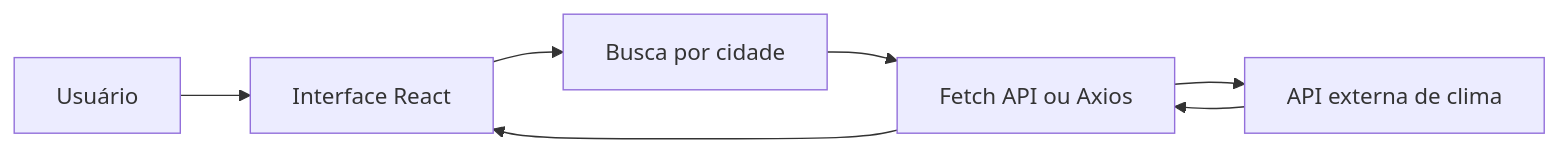
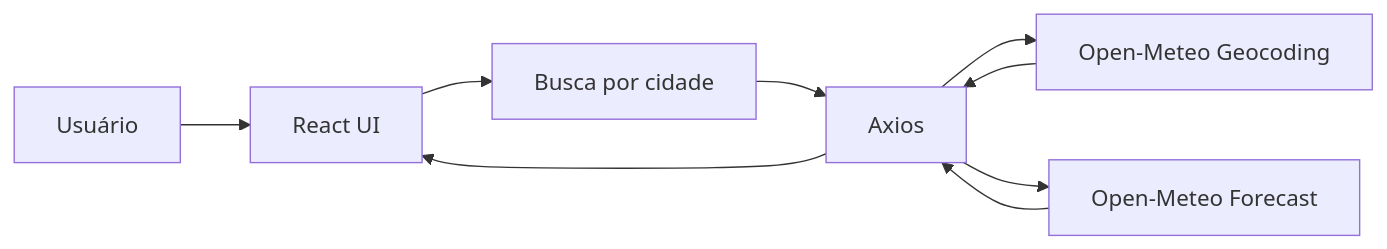
One commit to profmarciano/ESP_T2_ES_C4 changed the diagram in docs/README.md. Above: the diagram before and after it, drawn with Mermaid. The commit also changed other lines of this file and 12 other files, not shown here.

Commit message:
feat(weather): implementar dashboard e testes da API

````diff
--- a/docs/README.md
+++ b/docs/README.md
@@ -87,9 +70,11 @@
 ```mermaid
 graph LR
-    User[Usuário] --> UI[Interface React]
+    User[Usuário] --> UI[React UI]
     UI --> Search[Busca por cidade]
-    Search --> Http[Fetch API ou Axios]
-    Http --> Weather[API externa de clima]
-    Weather --> Http
-    Http --> UI
+    Search --> Client[Axios]
+    Client --> Geo[Open-Meteo Geocoding]
+    Geo --> Client
+    Client --> Forecast[Open-Meteo Forecast]
+    Forecast --> Client
+    Client --> UI
 ```
````
